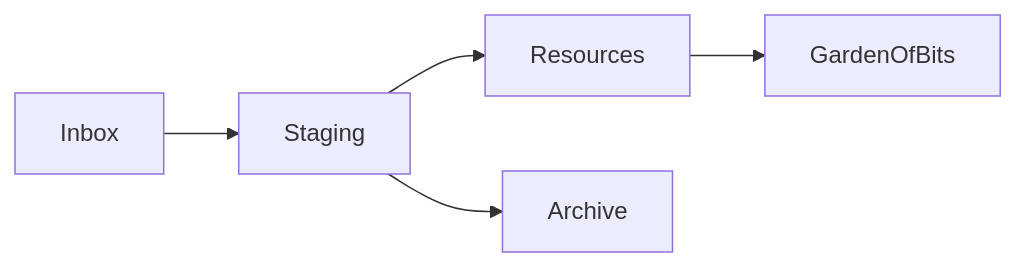
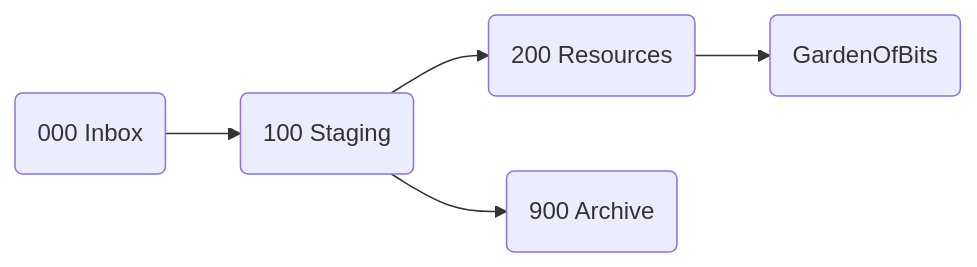
The diagram in src/site/notes/GOB/Meta/My Second Brain.md (tardigrde/gardenofbits), drawn with Mermaid before and after one commit. The commit also changed other lines of this file, not shown here.

````diff
--- a/src/site/notes/GOB/Meta/My Second Brain.md
+++ b/src/site/notes/GOB/Meta/My Second Brain.md
@@ -36,7 +39,7 @@
 ```mermaid
 graph LR
-    Inbox --> Staging
-    Staging --> Resources
-    Staging --> Archive
-    Resources --> GardenOfBits
+    A(000 Inbox) --> B(100 Staging)
+    B --> C(200 Resources)
+    B --> D(900 Archive)
+    C --> E(GardenOfBits)
 ```
````
